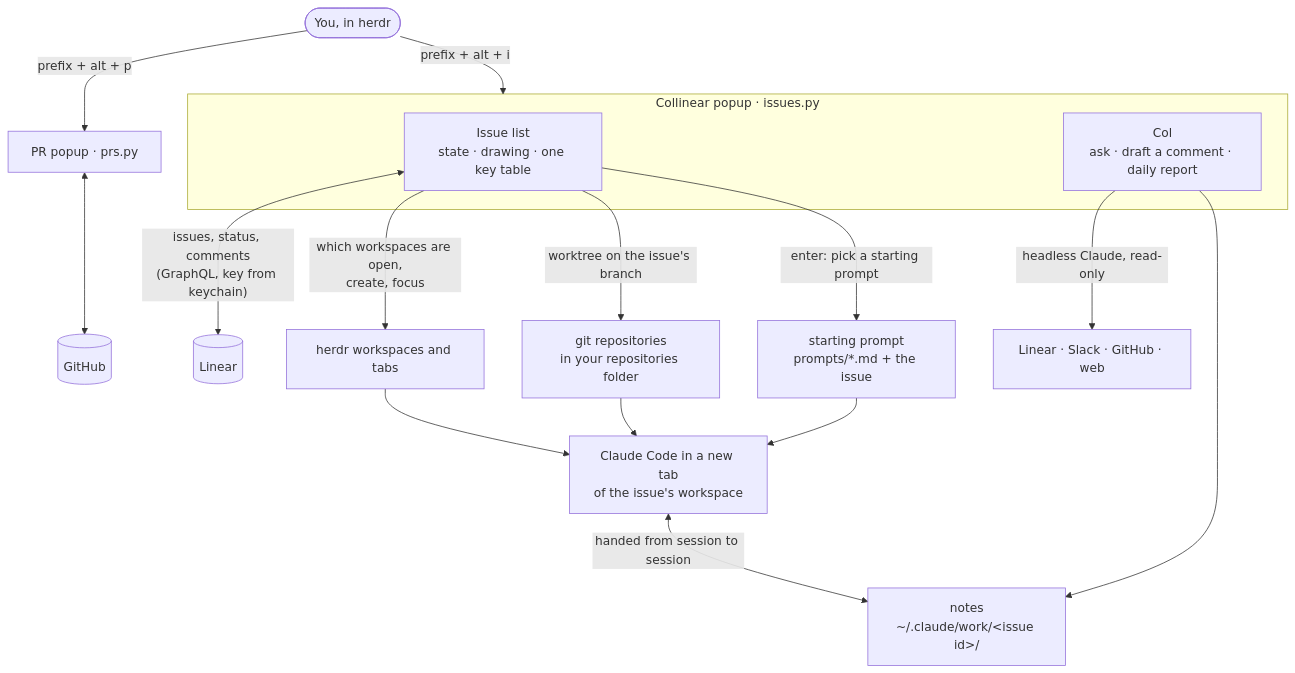
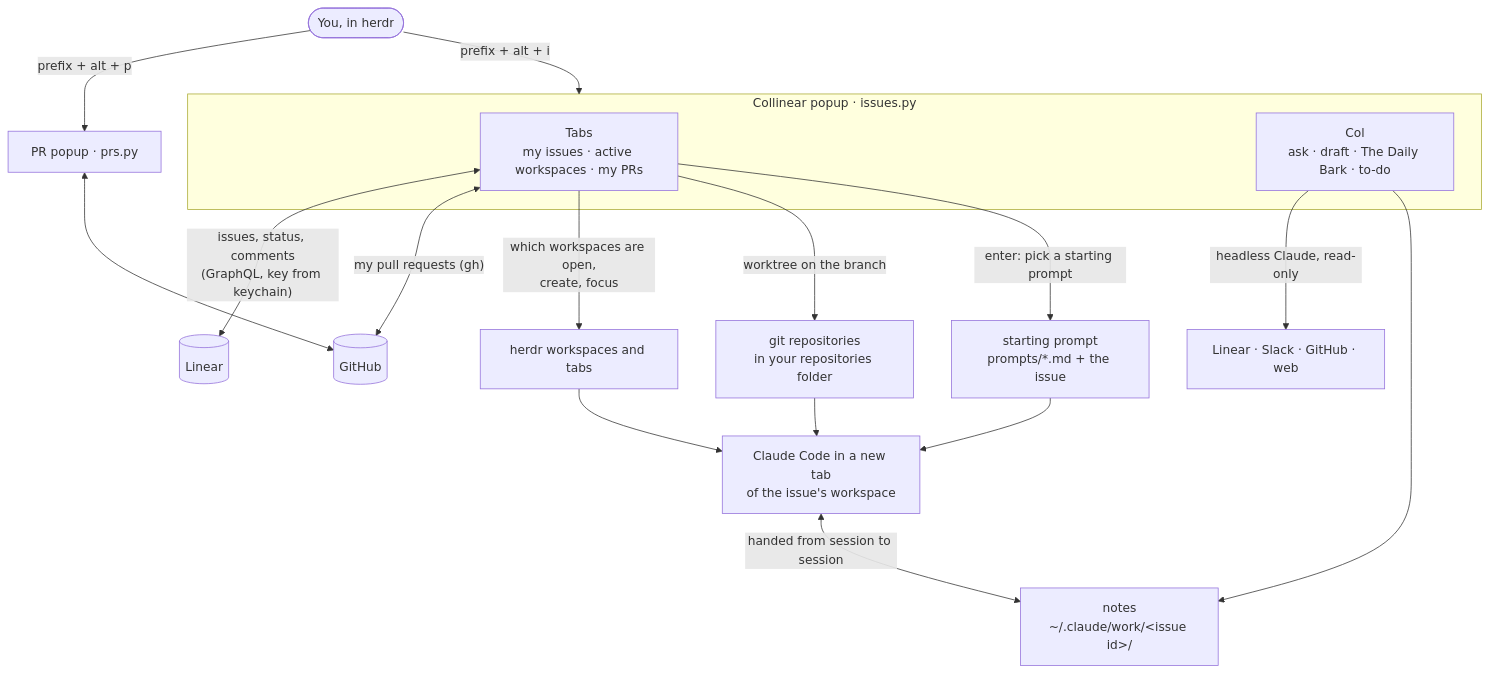
The diagram in README.md (eriksalsborn/collinear), drawn with Mermaid before and after one commit. The commit also changed other lines of this file and 2 other files, not shown here.

Commit message:
docs: a shorter README that sells the daily report first; the banner says 'your working day inside herdr'

````diff
--- a/README.md
+++ b/README.md
@@ -66,25 +76,26 @@
 ```mermaid
 flowchart TD
     you([You, in herdr]) -- "prefix + alt + i" --> popup
 
     subgraph popup["Collinear popup · issues.py"]
-        list["Issue list<br/>state · drawing · one key table"]
-        col["Col<br/>ask · draft a comment · daily report"]
+        list["Tabs<br/>my issues · active workspaces · my PRs"]
+        col["Col<br/>ask · draft · The Daily Bark · to-do"]
     end
 
     list <-- "issues, status, comments<br/>(GraphQL, key from keychain)" --> linear[(Linear)]
+    list <-- "my pull requests (gh)" --> github[(GitHub)]
     list -- "which workspaces are open,<br/>create, focus" --> herdr["herdr workspaces and tabs"]
-    list -- "worktree on the issue's branch" --> git["git repositories<br/>in your repositories folder"]
+    list -- "worktree on the branch" --> git["git repositories<br/>in your repositories folder"]
     list -- "enter: pick a starting prompt" --> prompt["starting prompt<br/>prompts/*.md + the issue"]
 
     prompt --> session["Claude Code in a new tab<br/>of the issue's workspace"]
     herdr --> session
     git --> session
     session <-- "handed from session to session" --> notes["notes<br/>~/.claude/work/&lt;issue id&gt;/"]
 
     col -- "headless Claude, read-only" --> sources["Linear · Slack · GitHub · web"]
     col --> notes
 
     you -- "prefix + alt + p" --> prs["PR popup · prs.py"]
-    prs <--> github[(GitHub)]
+    prs <--> github
 ```
````
